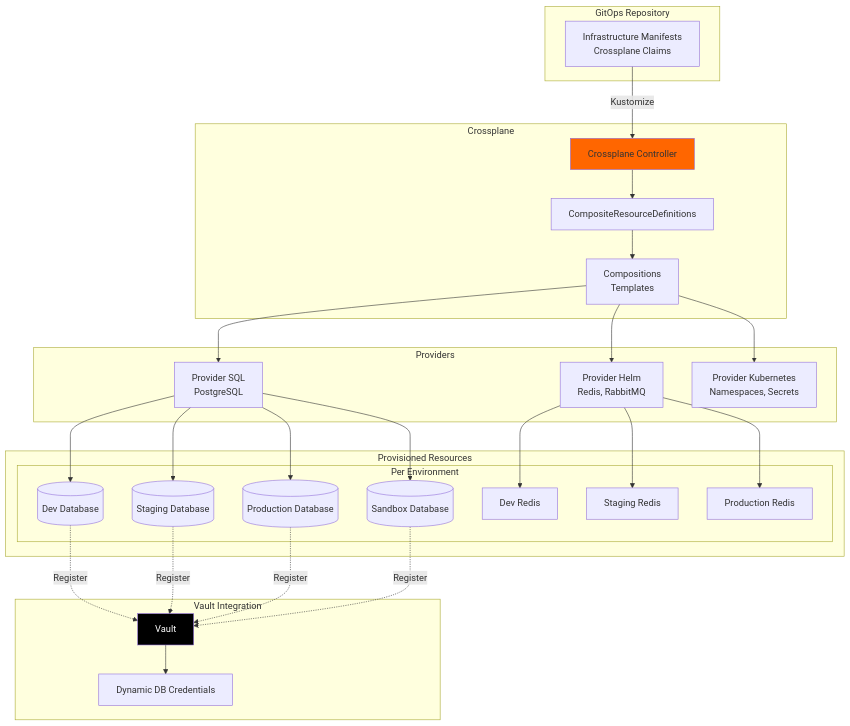
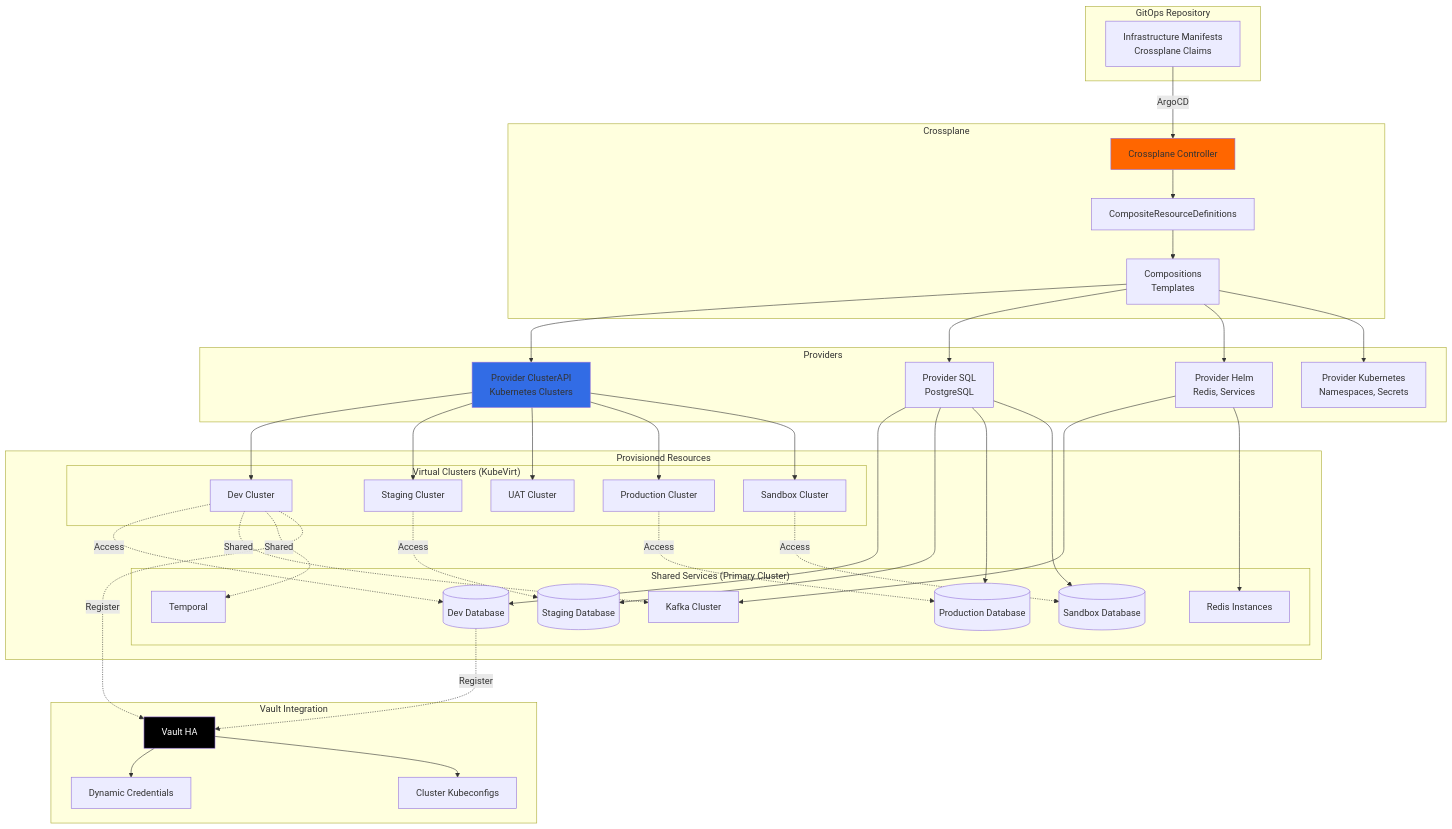
The diagram in v0.2.0/platform/docs/ci-cd/crossplane-integration.md (pnow-devsupreme/pn-infra), drawn with Mermaid before and after one commit. The commit also changed other lines of this file and 3 other files, not shown here.

First line of the commit message:
docs(ci-cd): add comprehensive multi-cluster architecture documentation

````diff
--- a/v0.2.0/platform/docs/ci-cd/crossplane-integration.md
+++ b/v0.2.0/platform/docs/ci-cd/crossplane-integration.md
@@ -13,60 +18,84 @@
     subgraph "GitOps Repository"
         INFRA[Infrastructure Manifests<br/>Crossplane Claims]
     end
-    
+
     subgraph "Crossplane"
         XP[Crossplane Controller]
         COMP[Compositions<br/>Templates]
         XRD[CompositeResourceDefinitions]
     end
-    
+
     subgraph "Providers"
+        PROV_CAPI[Provider ClusterAPI<br/>Kubernetes Clusters]
         PROV_SQL[Provider SQL<br/>PostgreSQL]
-        PROV_HELM[Provider Helm<br/>Redis, RabbitMQ]
+        PROV_HELM[Provider Helm<br/>Redis, Services]
         PROV_K8S[Provider Kubernetes<br/>Namespaces, Secrets]
     end
-    
+
     subgraph "Provisioned Resources"
-        subgraph "Per Environment"
+        subgraph "Virtual Clusters (KubeVirt)"
+            DEV_CLUSTER[Dev Cluster]
+            STAGE_CLUSTER[Staging Cluster]
+            UAT_CLUSTER[UAT Cluster]
+            PROD_CLUSTER[Production Cluster]
+            SANDBOX_CLUSTER[Sandbox Cluster]
+        end
+
+        subgraph "Shared Services (Primary Cluster)"
             DEV_DB[(Dev Database)]
-            DEV_REDIS[Dev Redis]
             STAGE_DB[(Staging Database)]
-            STAGE_REDIS[Staging Redis]
             PROD_DB[(Production Database)]
-            PROD_REDIS[Production Redis]
             SANDBOX_DB[(Sandbox Database)]
+            KAFKA[Kafka Cluster]
+            REDIS[Redis Instances]
+            TEMPORAL[Temporal]
         end
     end
-    
+
     subgraph "Vault Integration"
-        VAULT[Vault]
-        DB_CREDS[Dynamic DB Credentials]
+        VAULT[Vault HA]
+        DB_CREDS[Dynamic Credentials]
+        CLUSTER_CREDS[Cluster Kubeconfigs]
     end
-    
-    INFRA -->|Kustomize| XP
+
+    INFRA -->|ArgoCD| XP
     XP --> XRD
     XRD --> COMP
-    
+
+    COMP --> PROV_CAPI
     COMP --> PROV_SQL
     COMP --> PROV_HELM
     COMP --> PROV_K8S
-    
+
+    PROV_CAPI --> DEV_CLUSTER
+    PROV_CAPI --> STAGE_CLUSTER
+    PROV_CAPI --> UAT_CLUSTER
+    PROV_CAPI --> PROD_CLUSTER
+    PROV_CAPI --> SANDBOX_CLUSTER
+
     PROV_SQL --> DEV_DB
     PROV_SQL --> STAGE_DB
     PROV_SQL --> PROD_DB
     PROV_SQL --> SANDBOX_DB
-    
-    PROV_HELM --> DEV_REDIS
-    PROV_HELM --> STAGE_REDIS
-    PROV_HELM --> PROD_REDIS
-    
+
+    PROV_HELM --> KAFKA
+    PROV_HELM --> REDIS
+
+    DEV_CLUSTER -.->|Access| DEV_DB
+    STAGE_CLUSTER -.->|Access| STAGE_DB
+    PROD_CLUSTER -.->|Access| PROD_DB
+    SANDBOX_CLUSTER -.->|Access| SANDBOX_DB
+
+    DEV_CLUSTER -.->|Shared| KAFKA
+    DEV_CLUSTER -.->|Shared| TEMPORAL
+
+    DEV_CLUSTER -.->|Register| VAULT
     DEV_DB -.->|Register| VAULT
-    STAGE_DB -.->|Register| VAULT
-    PROD_DB -.->|Register| VAULT
-    SANDBOX_DB -.->|Register| VAULT
-    
+
     VAULT --> DB_CREDS
-    
+    VAULT --> CLUSTER_CREDS
+
     style XP fill:#ff6600
     style VAULT fill:#000000,color:#ffffff
+    style PROV_CAPI fill:#326ce5
 ```
````
